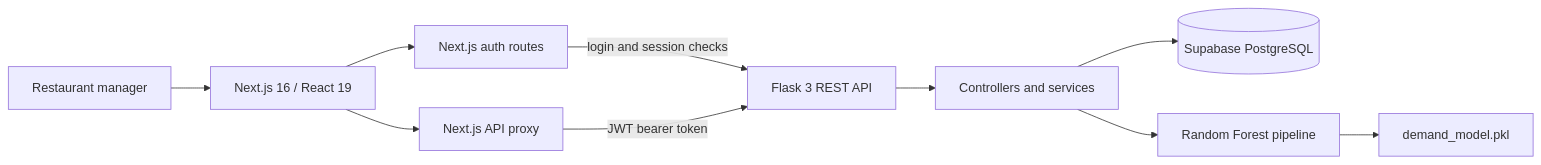
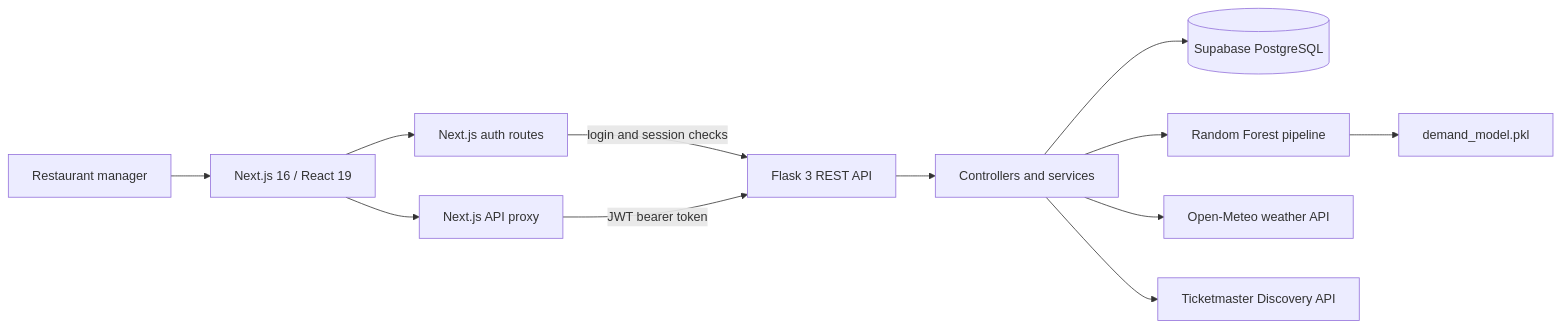
Before and after one commit to vale2015/Dissertation: the diagram in README.md, drawn with Mermaid. The commit also changed other lines of this file and 3 other files, not shown here.

````diff
--- a/README.md
+++ b/README.md
@@ -9,12 +9,14 @@
 ```mermaid
 flowchart LR
     U[Restaurant manager] --> N[Next.js 16 / React 19]
     N --> A[Next.js auth routes]
     N --> P[Next.js API proxy]
     A -->|login and session checks| F[Flask 3 REST API]
     P -->|JWT bearer token| F
     F --> S[Controllers and services]
     S --> D[(Supabase PostgreSQL)]
     S --> M[Random Forest pipeline]
+    S --> W[Open-Meteo weather API]
+    S --> T[Ticketmaster Discovery API]
     M --> X[demand_model.pkl]
 ```
````
